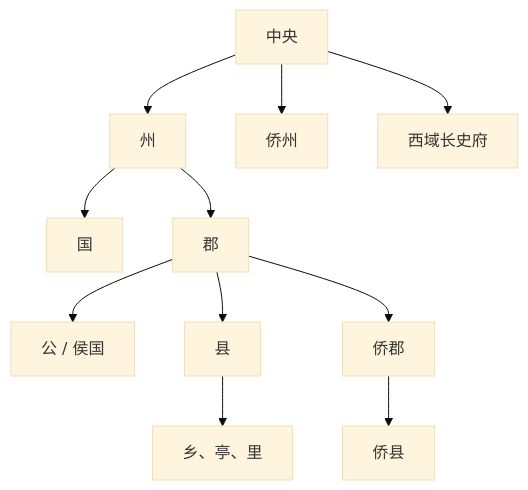
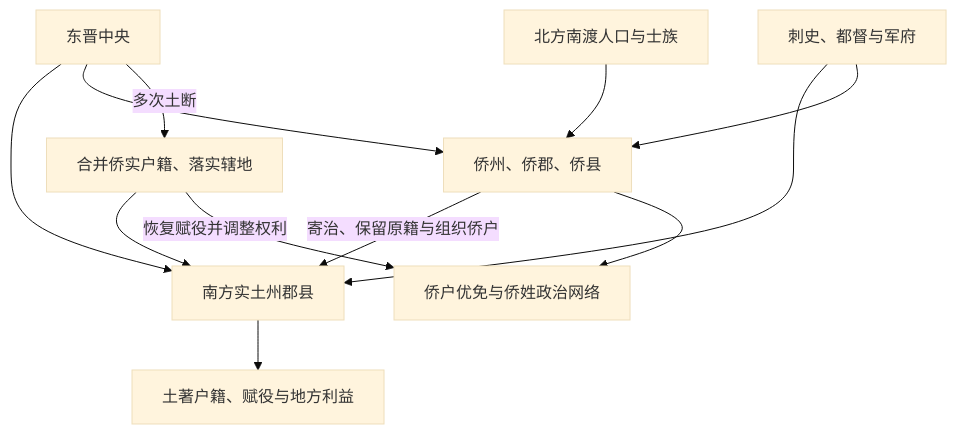
Before and after one commit to tianlan-dev/learning-notes: the diagram in 人文科学/历史/东亚/中国/_制度/地方行政区划/历代地方区划/晋.md, drawn with Mermaid (base theme). The commit also changed other lines of this file and 1417 other files, not shown here.

````diff
--- a/人文科学/历史/东亚/中国/_制度/地方行政区划/历代地方区划/晋.md
+++ b/人文科学/历史/东亚/中国/_制度/地方行政区划/历代地方区划/晋.md
@@ -20,13 +25,14 @@
 ```mermaid
 flowchart TD
-    A["中央"] --> B["州"]
-    A --> C["侨州"]
-    A --> D["西域长史府"]
-    B --> E["国"]
-    B --> F["郡"]
-    F --> G["公 / 侯国"]
-    F --> H["县"]
-    F --> I["侨郡"]
-    H --> J["乡、亭、里"]
-    I --> K["侨县"]
+    C["东晋中央"] --> N["南方实土州郡县"]
+    C --> Q["侨州、侨郡、侨县"]
+    M["北方南渡人口与士族"] --> Q
+    Q -->|寄治、保留原籍与组织侨户| N
+    N --> H["土著户籍、赋役与地方利益"]
+    Q --> O["侨户优免与侨姓政治网络"]
+    C -->|多次土断| T["合并侨实户籍、落实辖地"]
+    T --> N
+    T -->|恢复赋役并调整权利| O
+    D["刺史、都督与军府"] --> N
+    D --> Q
 ```
````
